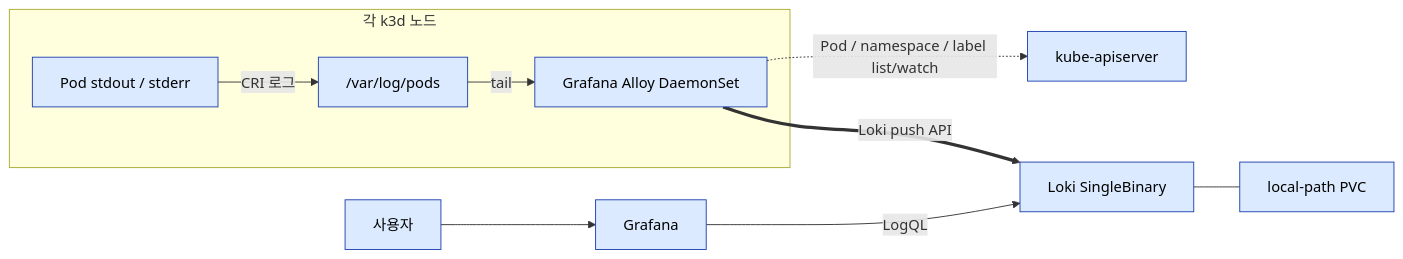
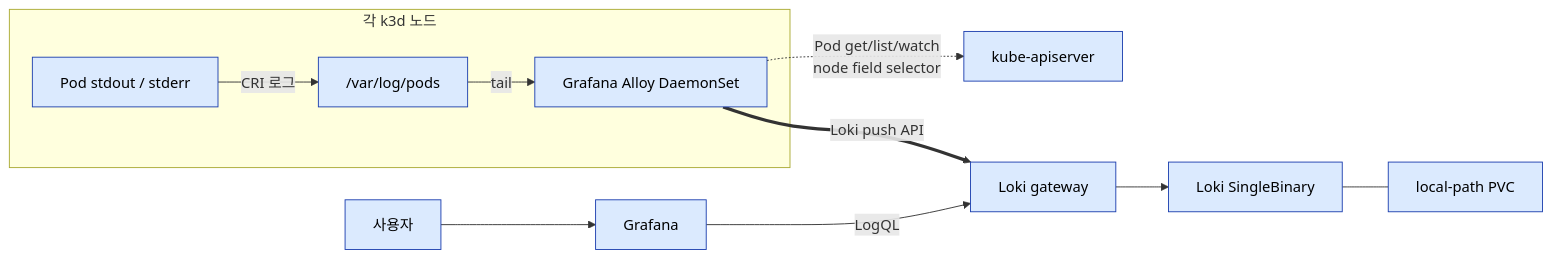
Diagram 12 of 14 in _wiki/homelab.md (currenjin/currenjin.github.io), drawn with Mermaid before and after one commit. The commit also changed other lines of this file, not shown here.

````diff
--- a/_wiki/homelab.md
+++ b/_wiki/homelab.md
@@ -502,24 +504,25 @@
 ```mermaid
 flowchart LR
   API["kube-apiserver"]
   User["사용자"]
   Graf["Grafana"]
 
   subgraph Node["각 k3d 노드"]
     Pod["Pod stdout / stderr"]
     Files["/var/log/pods"]
     Alloy["Grafana Alloy DaemonSet"]
     Pod --> |CRI 로그| Files --> |tail| Alloy
   end
 
   Loki["Loki SingleBinary"]
+  Gateway["Loki gateway"]
   PVC["local-path PVC"]
 
-  Alloy -. "Pod / namespace / label list/watch" .-> API
-  Alloy == "Loki push API" ==> Loki
+  Alloy -. "Pod get/list/watch<br/>node field selector" .-> API
+  Alloy == "Loki push API" ==> Gateway --> Loki
   Loki --- PVC
-  User --> Graf -- "LogQL" --> Loki
+  User --> Graf -- "LogQL" --> Gateway
 
   classDef blue fill:#dbeafe,stroke:#1e40af,color:#000
-  class API,User,Graf,Pod,Files,Alloy,Loki,PVC blue
+  class API,User,Graf,Pod,Files,Alloy,Gateway,Loki,PVC blue
 ```
````
